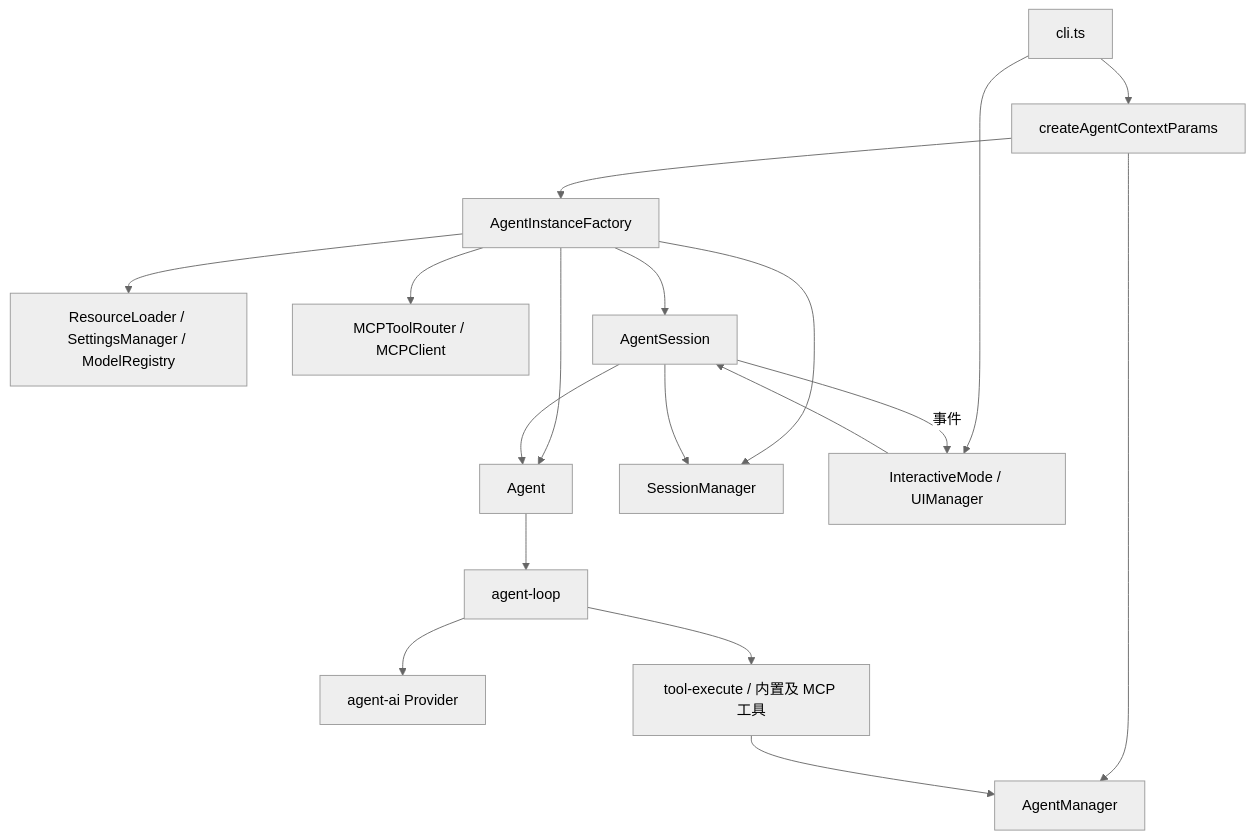
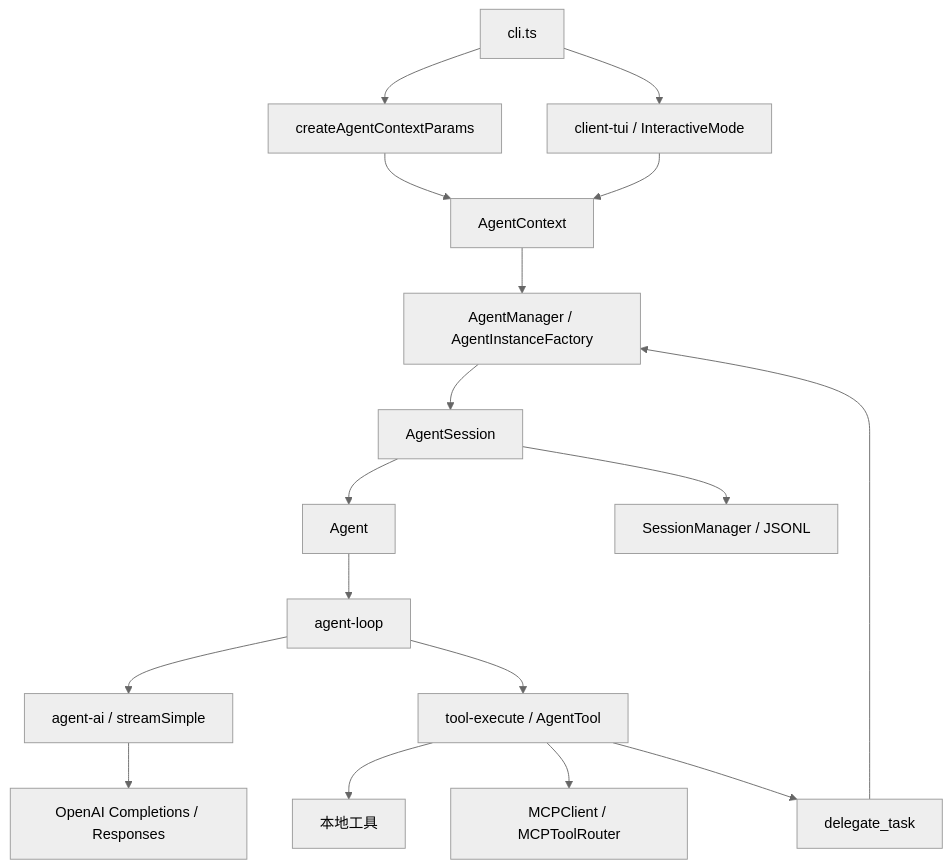
The diagram in docs/architecture.md (wuzhenbin/agent-orange), drawn with Mermaid (neutral theme) before and after one commit. The commit also changed other lines of this file and 13 other files, not shown here.

````diff
--- a/docs/architecture.md
+++ b/docs/architecture.md
@@ -7,20 +7,19 @@
 ```mermaid
 flowchart TD
     CLI[cli.ts] --> Builder[createAgentContextParams]
-    Builder --> Factory[AgentInstanceFactory]
-    Builder --> Manager[AgentManager]
-    Factory --> Resources[ResourceLoader / SettingsManager / ModelRegistry]
-    Factory --> MCP[MCPToolRouter / MCPClient]
-    Factory --> Session[AgentSession]
-    Factory --> Agent[Agent]
-    Factory --> Store[SessionManager]
-    CLI --> TUI[InteractiveMode / UIManager]
-    TUI --> Session
-    Session --> Agent
-    Session --> Store
+    Builder --> Context[AgentContext]
+    CLI --> TUI[client-tui / InteractiveMode]
+    TUI --> Context
+    Context --> Manager[AgentManager / AgentInstanceFactory]
+    Manager --> Session[AgentSession]
+    Session --> Agent[Agent]
     Agent --> Loop[agent-loop]
-    Loop --> Providers[agent-ai Provider]
-    Loop --> Tools[tool-execute / 内置及 MCP 工具]
-    Tools --> Manager
-    Session -- 事件 --> TUI
+    Loop --> AI[agent-ai / streamSimple]
+    AI --> Provider[OpenAI Completions / Responses]
+    Loop --> Tools[tool-execute / AgentTool]
+    Tools --> Native[本地工具]
+    Tools --> MCP[MCPClient / MCPToolRouter]
+    Tools --> Delegate[delegate_task]
+    Delegate --> Manager
+    Session --> Storage[SessionManager / JSONL]
 ```
````
